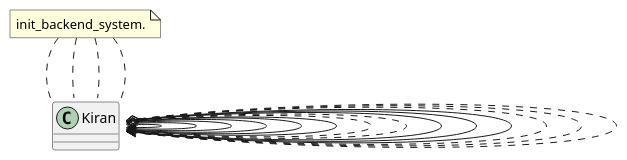
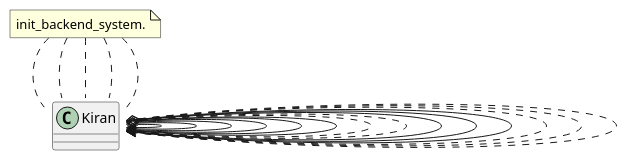
One commit to openeuler-mirror/kiran-menu changed the diagram in docs/diagrams/src/kiran-menu.plantuml. Above: the diagram before and after it, drawn with PlantUML. The commit also changed 20 other files, not shown here.

```diff
--- a/docs/diagrams/src/kiran-menu.plantuml
+++ b/docs/diagrams/src/kiran-menu.plantuml
@@ -1,31 +1,32 @@
 @startuml
 
 
 note "init_backend_system." as INIT
 
 
 INIT .. Kiran::MenuSkeleton
 INIT .. Kiran::AppManager
 INIT .. Kiran::WindowManager
 INIT .. Kiran::WorkspaceManager
+INIT .. Kiran::ScreenManager
 
 Kiran::MenuSkeleton o--> Kiran::MenuNew
 Kiran::MenuSkeleton o--> Kiran::MenuUsage
 Kiran::MenuSkeleton o--> Kiran::MenuCategory
 Kiran::MenuSkeleton o--> Kiran::MenuFavorite
 Kiran::MenuSkeleton o--> Kiran::MenuSearch
 
 
 Kiran::MenuCategory --> Kiran::Category
 Kiran::MenuCategory ..> Kiran::CategoryReader
 Kiran::MenuCategory ..> Kiran::CategoryWriter
 Kiran::Category --> Kiran::CategoryNode
 Kiran::CategoryReader --> Kiran::CategoryNode
 Kiran::CategoryWriter --> Kiran::CategoryNode
 
 
 Kiran::AppManager o..> Kiran::App
 Kiran::WindowManager o..> Kiran::Window
 Kiran::WorkspaceManager o..> Kiran::Workspace
 
 @enduml
```
